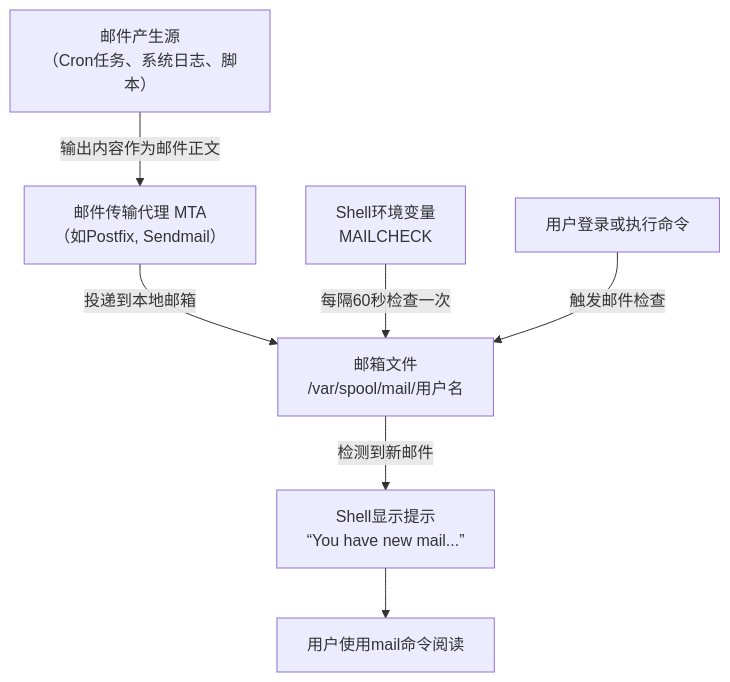
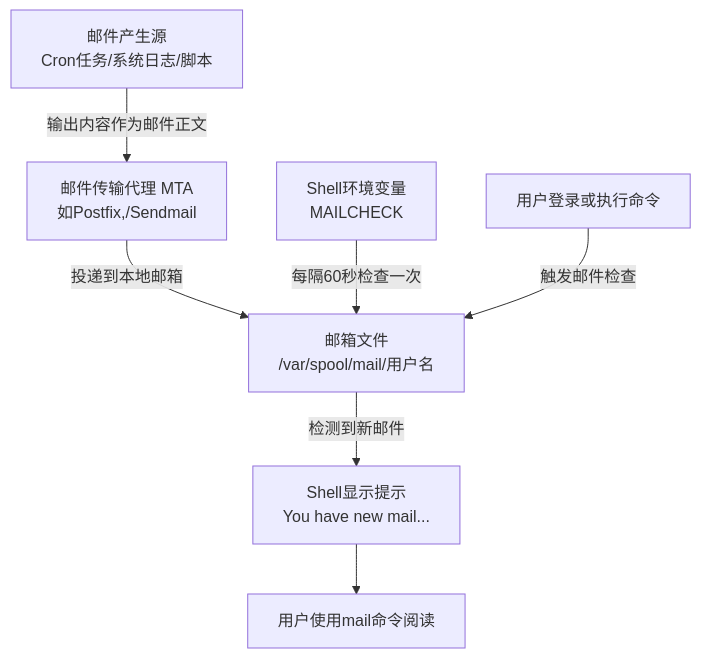
The diagram in docs/linux/linux-mail.md (chaolinye/man), drawn with Mermaid before and after one commit.

````diff
--- a/docs/linux/linux-mail.md
+++ b/docs/linux/linux-mail.md
@@ -15,11 +15,11 @@
 ```mermaid
 flowchart TD
-    A[邮件产生源<br>（Cron任务、系统日志、脚本）] -->|输出内容作为邮件正文| B[邮件传输代理 MTA<br>（如Postfix, Sendmail）]
+    A[邮件产生源<br>Cron任务/系统日志/脚本] -->|输出内容作为邮件正文| B[邮件传输代理 MTA<br>如Postfix,/Sendmail]
     B -->|投递到本地邮箱| C[邮箱文件<br>/var/spool/mail/用户名]
     
     D[Shell环境变量<br>MAILCHECK] -->|每隔60秒检查一次| C
-    C -->|检测到新邮件| E[Shell显示提示<br>“You have new mail...”]
+    C -->|检测到新邮件| E[Shell显示提示<br>You have new mail...]
     
     F[用户登录或执行命令] -->|触发邮件检查| C
     E --> G[用户使用mail命令阅读]
 ```
````
